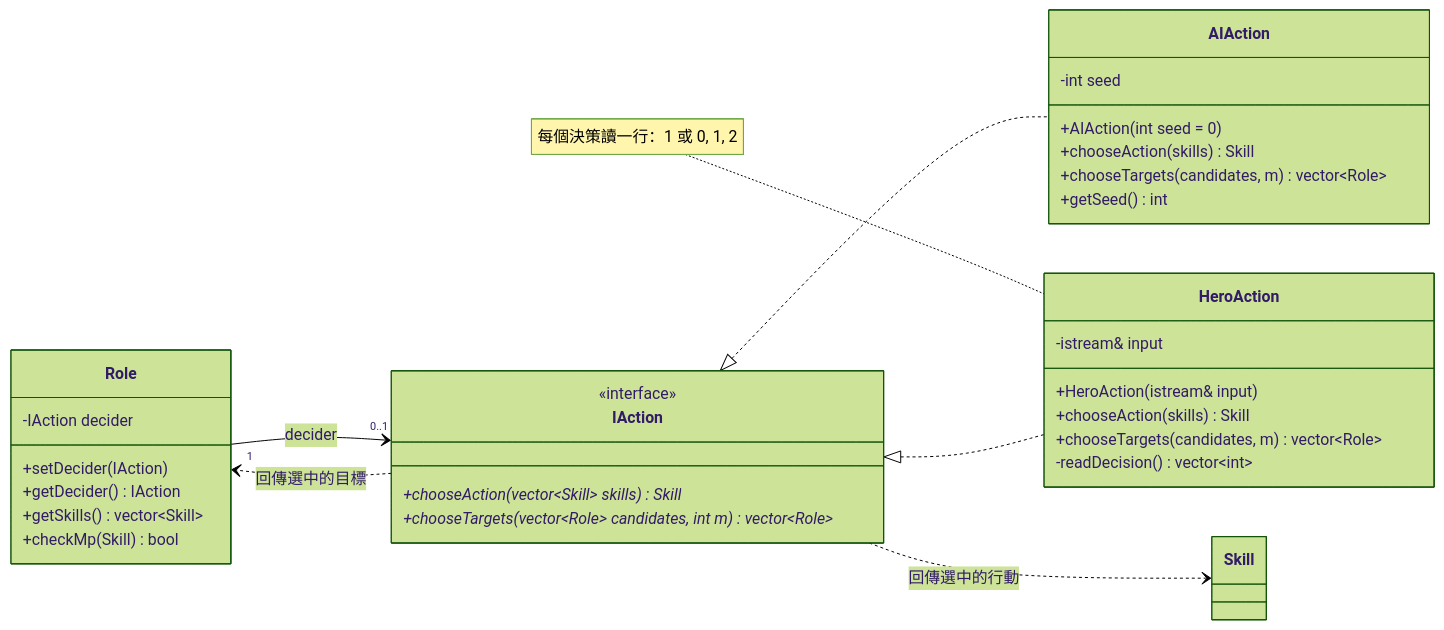
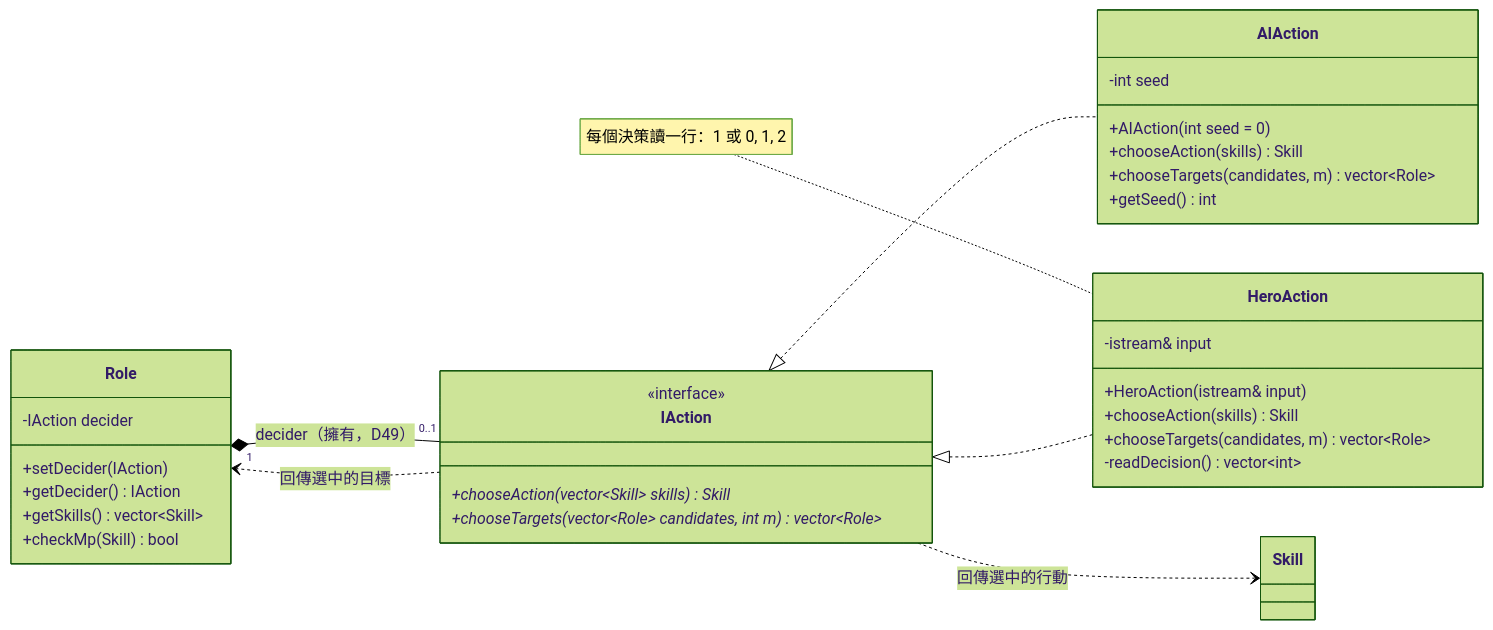
The seventh of 14 diagrams in RPGGame/diagrams.md (Chang-anthony/DesignPattern), drawn with Mermaid (forest theme) before and after one commit. The commit also changed other lines of this file and 19 other files, not shown here.

````diff
--- a/RPGGame/diagrams.md
+++ b/RPGGame/diagrams.md
@@ -501,37 +502,37 @@
 ```mermaid
 classDiagram
     direction LR
     class Role {
         -IAction decider
         +setDecider(IAction)
         +getDecider() IAction
         +getSkills() vector~Skill~
         +checkMp(Skill) bool
     }
     class IAction {
         <<interface>>
         +chooseAction(vector~Skill~ skills)* Skill
         +chooseTargets(vector~Role~ candidates, int m)* vector~Role~
     }
     class AIAction {
         -int seed
         +AIAction(int seed = 0)
         +chooseAction(skills) Skill
         +chooseTargets(candidates, m) vector~Role~
         +getSeed() int
     }
     class HeroAction {
         -istream& input
         +HeroAction(istream& input)
         +chooseAction(skills) Skill
         +chooseTargets(candidates, m) vector~Role~
         -readDecision() vector~int~
     }
 
-    Role "1" --> "0..1" IAction : decider
+    Role "1" *-- "0..1" IAction : decider（擁有，D49）
     IAction <|.. AIAction
     IAction <|.. HeroAction
     IAction ..> Skill : 回傳選中的行動
     IAction ..> Role : 回傳選中的目標
     note for HeroAction "每個決策讀一行：1 或 0, 1, 2"
 ```
````
